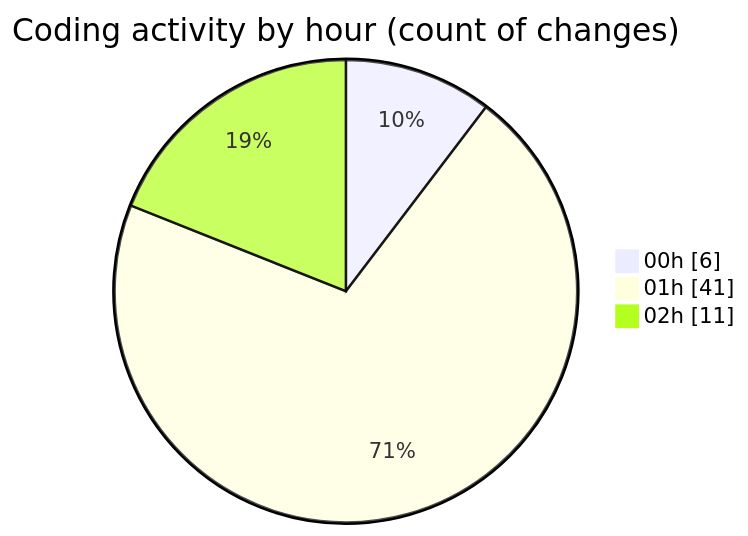
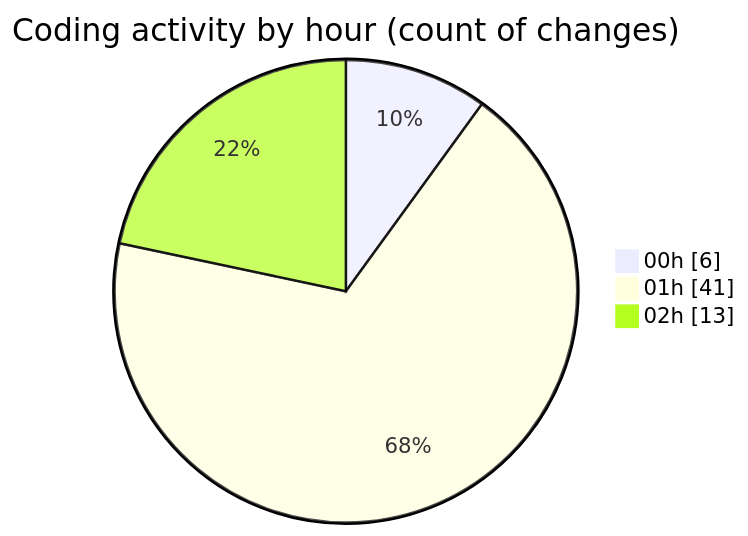
The second of 2 diagrams in 2025-06-22/archive/README.md (JenPaints/code-tracking), drawn with Mermaid before and after one commit. The commit also changed other lines of this file and 1 other file, not shown here.

````diff
--- a/2025-06-22/archive/README.md
+++ b/2025-06-22/archive/README.md
@@ -35,7 +35,7 @@
 ```mermaid
 pie showData
 title Coding activity by hour (count of changes)
 "00h" : 6
 "01h" : 41
-"02h" : 11
+"02h" : 13
 ```
````
